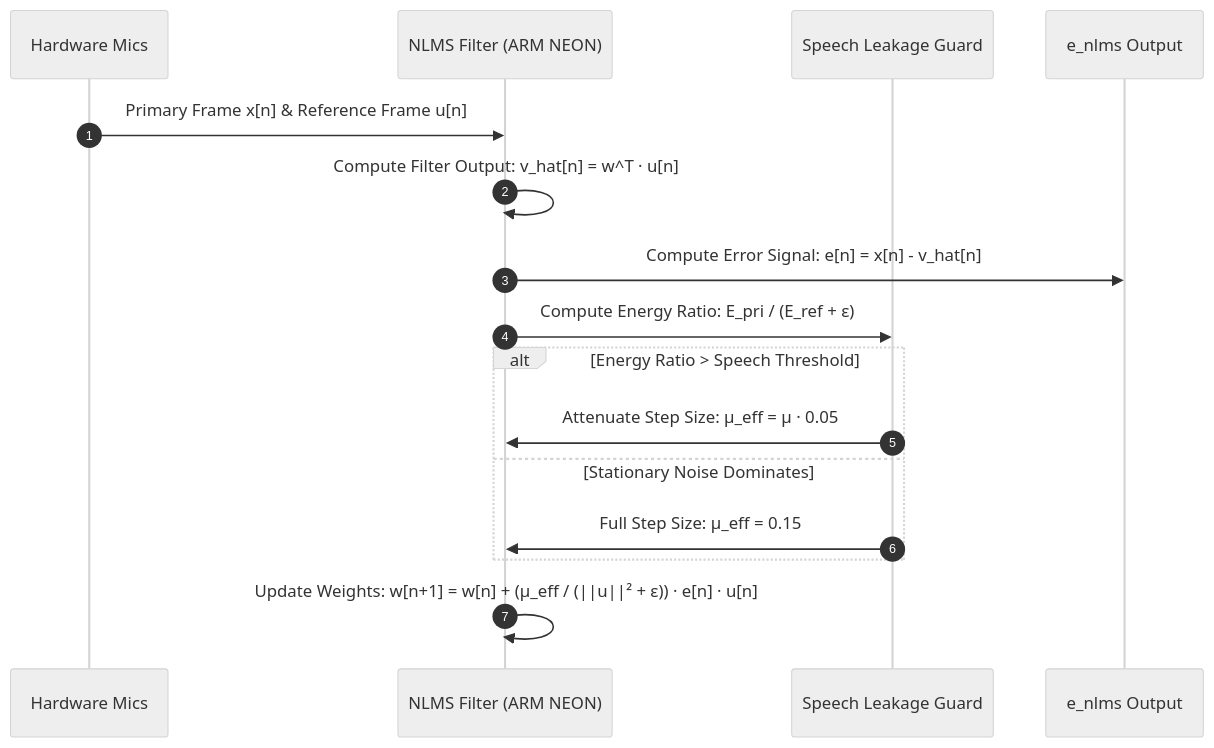
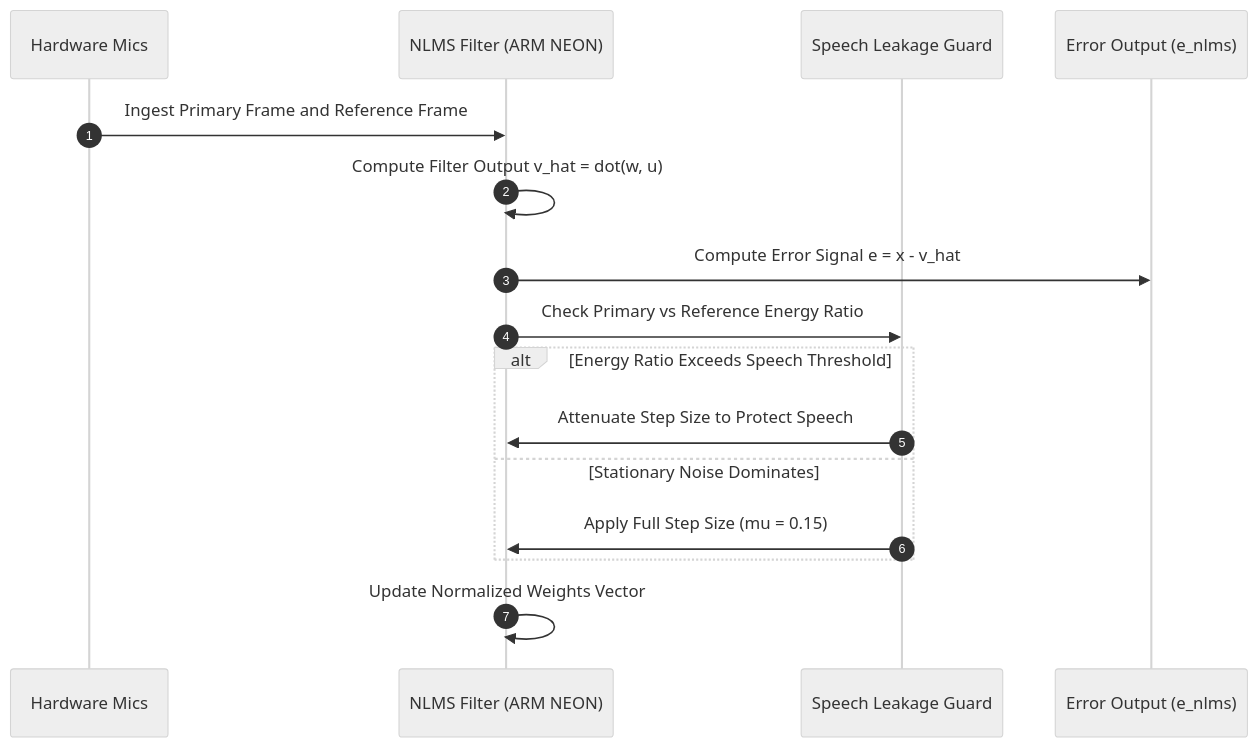
Before and after one commit to raghul-cyber/noiseless-X6: the second of 4 diagrams in README.md, drawn with Mermaid (neutral theme). The commit also changed other lines of this file, not shown here.

Commit message:
fix(docs): resolve Mermaid syntax parse errors across all diagrams in README.md

````diff
--- a/README.md
+++ b/README.md
@@ -217,19 +217,19 @@
 ```mermaid
 sequenceDiagram
     autonumber
     participant Mic as Hardware Mics
     participant NLMS as NLMS Filter (ARM NEON)
     participant Leak as Speech Leakage Guard
-    participant Out as e_nlms Output
+    participant Out as Error Output (e_nlms)
 
-    Mic->>NLMS: Primary Frame x[n] & Reference Frame u[n]
-    NLMS->>NLMS: Compute Filter Output: v_hat[n] = w^T · u[n]
-    NLMS->>Out: Compute Error Signal: e[n] = x[n] - v_hat[n]
-    NLMS->>Leak: Compute Energy Ratio: E_pri / (E_ref + ε)
-    alt Energy Ratio > Speech Threshold
-        Leak->>NLMS: Attenuate Step Size: μ_eff = μ · 0.05
+    Mic->>NLMS: Ingest Primary Frame and Reference Frame
+    NLMS->>NLMS: Compute Filter Output v_hat = dot(w, u)
+    NLMS->>Out: Compute Error Signal e = x - v_hat
+    NLMS->>Leak: Check Primary vs Reference Energy Ratio
+    alt Energy Ratio Exceeds Speech Threshold
+        Leak->>NLMS: Attenuate Step Size to Protect Speech
     else Stationary Noise Dominates
-        Leak->>NLMS: Full Step Size: μ_eff = 0.15
+        Leak->>NLMS: Apply Full Step Size (mu = 0.15)
     end
-    NLMS->>NLMS: Update Weights: w[n+1] = w[n] + (μ_eff / (||u||² + ε)) · e[n] · u[n]
+    NLMS->>NLMS: Update Normalized Weights Vector
 ```
````
